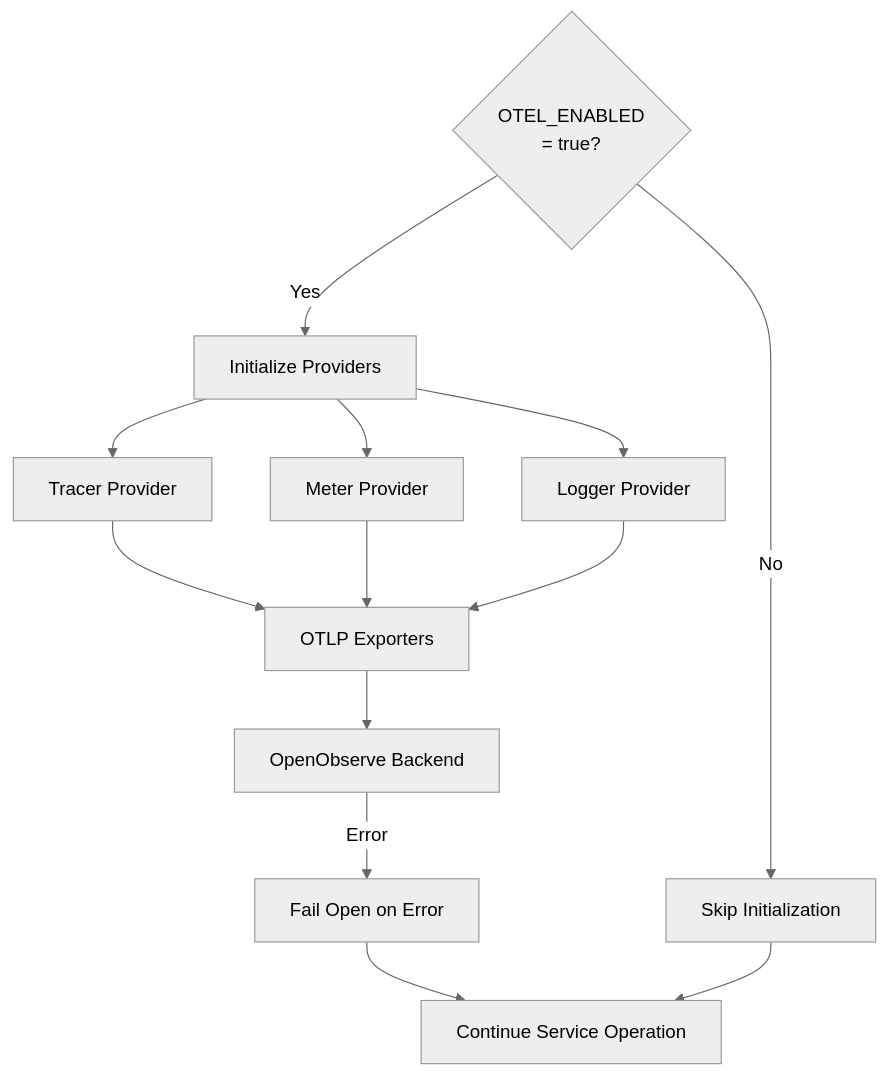
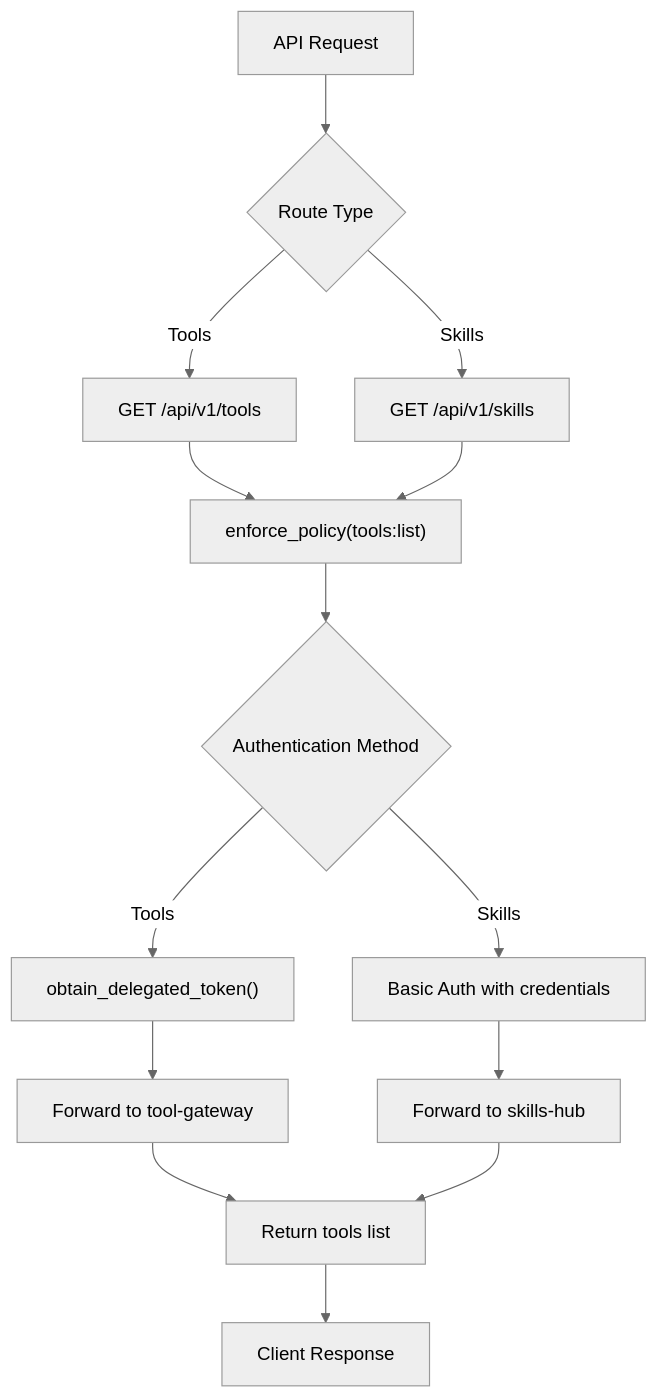
The fourth of 7 diagrams in .qoder/repowiki/en/content/Tool Gateway Service/Configuration and Environment Setup.md (metasync/luban-aiops), drawn with Mermaid (neutral theme) before and after one commit. The commit also changed other lines of this file and 26 other files, not shown here.

````diff
--- a/.qoder/repowiki/en/content/Tool Gateway Service/Configuration and Environment Setup.md
+++ b/.qoder/repowiki/en/content/Tool Gateway Service/Configuration and Environment Setup.md
@@ -267,23 +206,16 @@
 ```mermaid
 flowchart TD
-Enabled{"OTEL_ENABLED<br/>= true?"}
-Setup["Initialize Providers"]
-Traces["Tracer Provider"]
-Metrics["Meter Provider"]
-Logs["Logger Provider"]
-Exporters["OTLP Exporters"]
-Backend["OpenObserve Backend"]
-FailOpen["Fail Open on Error"]
-Enabled --> |No| Skip["Skip Initialization"]
-Enabled --> |Yes| Setup
-Setup --> Traces
-Setup --> Metrics
-Setup --> Logs
-Traces --> Exporters
-Metrics --> Exporters
-Logs --> Exporters
-Exporters --> Backend
-Backend --> |Error| FailOpen
-FailOpen --> Continue["Continue Service Operation"]
-Skip --> Continue
+Request["API Request"] --> Route{"Route Type"}
+Route --> |Tools| ToolsRoute["GET /api/v1/tools"]
+Route --> |Skills| SkillsRoute["GET /api/v1/skills"]
+ToolsRoute --> PolicyCheck["enforce_policy(tools:list)"]
+SkillsRoute --> PolicyCheck
+PolicyCheck --> Auth{"Authentication Method"}
+Auth --> |Tools| Delegation["obtain_delegated_token()"]
+Auth --> |Skills| BasicAuth["Basic Auth with credentials"]
+Delegation --> ToolProxy["Forward to tool-gateway"]
+BasicAuth --> SkillsProxy["Forward to skills-hub"]
+ToolProxy --> Response["Return tools list"]
+SkillsProxy --> Response
+Response --> Client["Client Response"]
 ```
````
